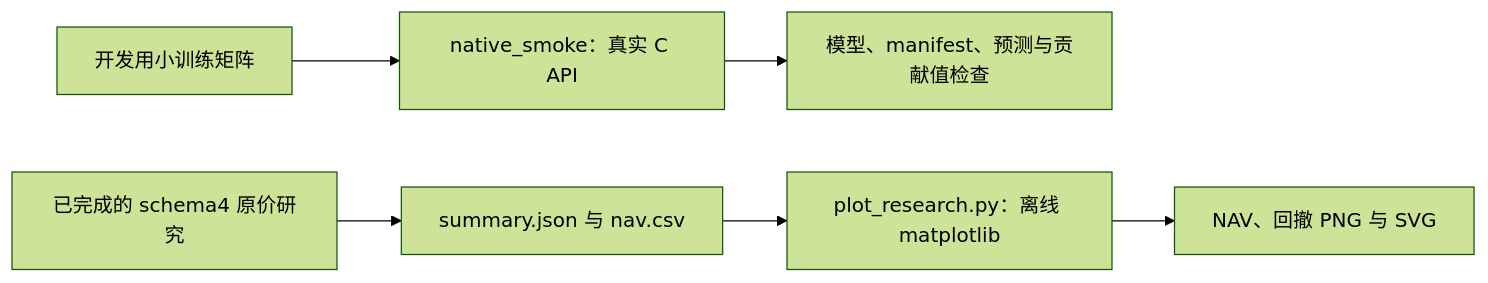
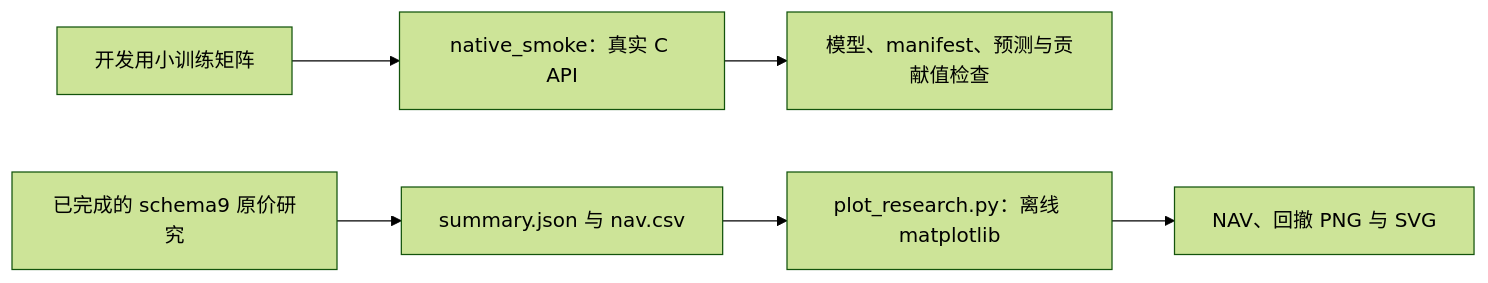
The diagram in crates/ml/examples/README.md (Dennishaha/JFQuant), drawn with Mermaid (forest theme) before and after one commit. The commit also changed other lines of this file and 100 other files, not shown here.

````diff
--- a/crates/ml/examples/README.md
+++ b/crates/ml/examples/README.md
@@ -11,8 +11,8 @@
 ```mermaid
 flowchart LR
   SMALL["开发用小训练矩阵"] --> SMOKE["native_smoke：真实 C API"]
   SMOKE --> ART["模型、manifest、预测与贡献值检查"]
-  RESEARCH["已完成的 schema4 原价研究"] --> JSON["summary.json 与 nav.csv"]
+  RESEARCH["已完成的 schema9 原价研究"] --> JSON["summary.json 与 nav.csv"]
   JSON --> PLOT["plot_research.py：离线 matplotlib"]
   PLOT --> FIG["NAV、回撤 PNG 与 SVG"]
 ```
````
